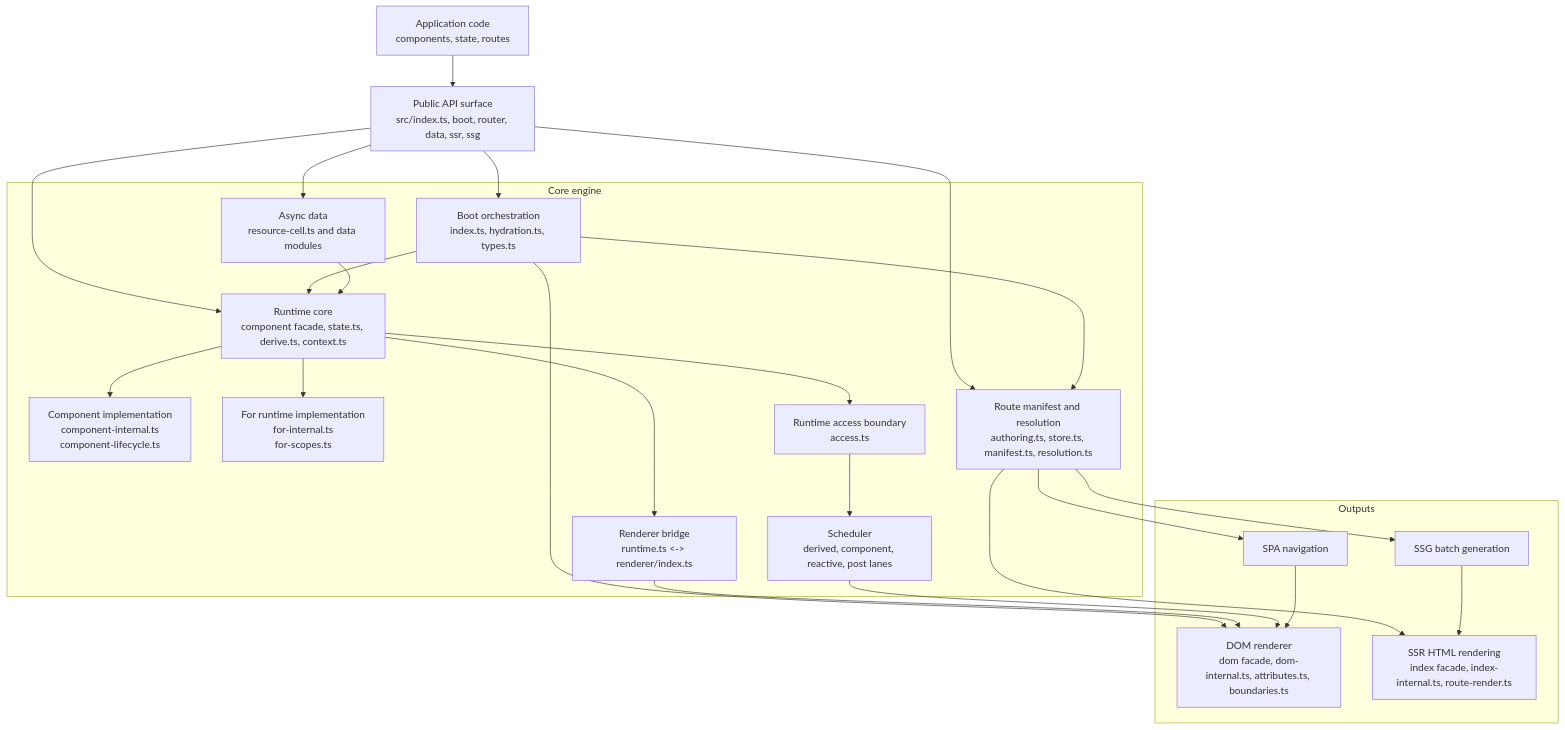
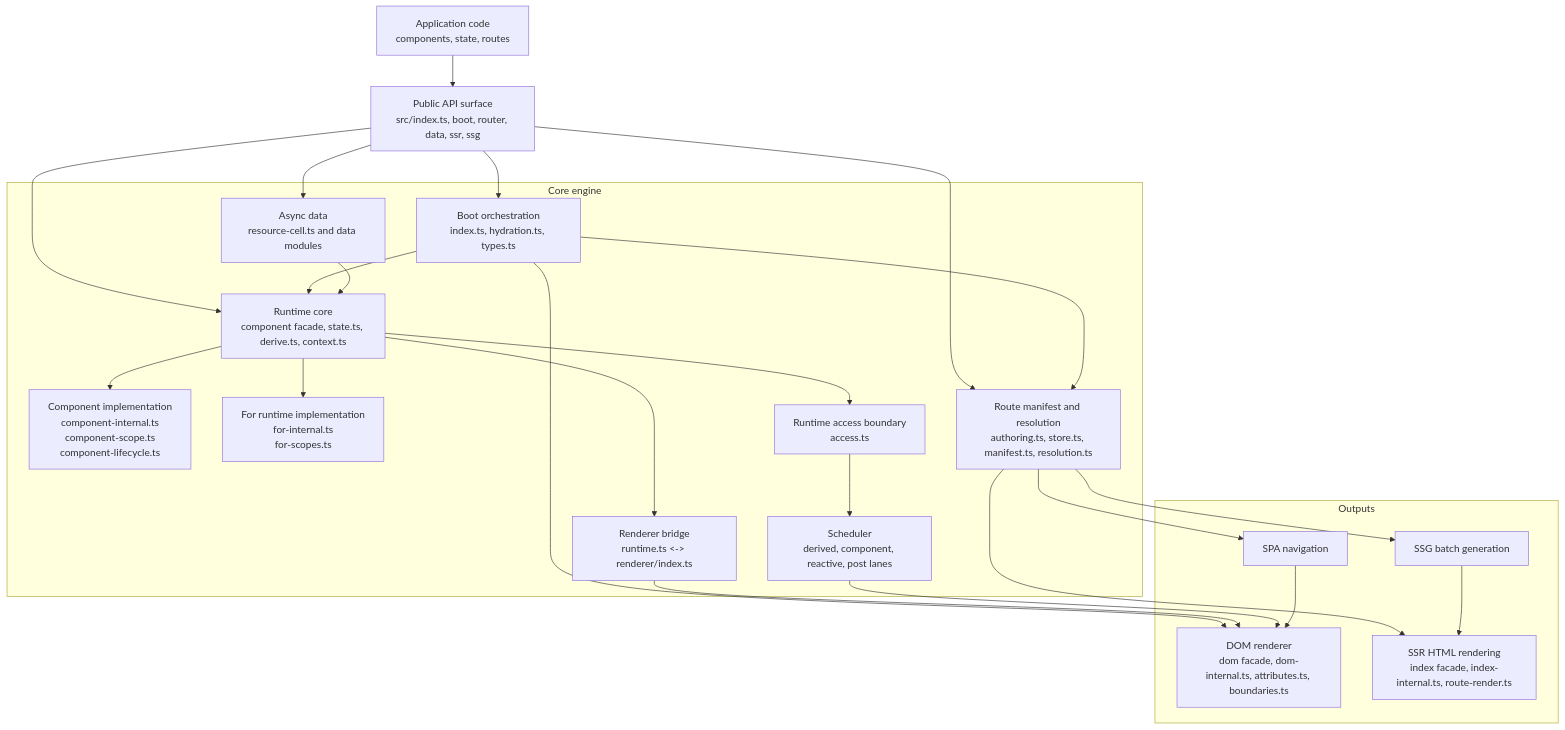
One commit to askrjs/askr changed the first of 2 diagrams in docs/internals/core-engine-design.md. Above: the diagram before and after it, drawn with Mermaid. The commit also changed other lines of this file and 23 other files, not shown here.

Commit message:
Refactor runtime architecture internals

````diff
--- a/docs/internals/core-engine-design.md
+++ b/docs/internals/core-engine-design.md
@@ -15,46 +15,46 @@
 ```mermaid
 flowchart TB
   app[Application code<br/>components, state, routes]
   publicApi[Public API surface<br/>src/index.ts, boot, router, data, ssr, ssg]
 
   subgraph engine[Core engine]
     boot[Boot orchestration<br/>index.ts, hydration.ts, types.ts]
     runtime[Runtime core<br/>component facade, state.ts, derive.ts, context.ts]
-    componentCore[Component implementation<br/>component-internal.ts<br/>component-lifecycle.ts]
+    componentCore[Component implementation<br/>component-internal.ts<br/>component-scope.ts<br/>component-lifecycle.ts]
     forCore[For runtime implementation<br/>for-internal.ts<br/>for-scopes.ts]
     runtimeAccess[Runtime access boundary<br/>access.ts]
     scheduler[Scheduler<br/>derived, component, reactive, post lanes]
     rendererBridge[Renderer bridge<br/>runtime.ts <-> renderer/index.ts]
     routerManifest[Route manifest and resolution<br/>authoring.ts, store.ts, manifest.ts, resolution.ts]
     asyncData[Async data<br/>resource-cell.ts and data modules]
   end
 
   subgraph outputs[Outputs]
     dom[DOM renderer<br/>dom facade, dom-internal.ts, attributes.ts, boundaries.ts]
     spa[SPA navigation]
     ssr[SSR HTML rendering<br/>index facade, index-internal.ts, route-render.ts]
     ssg[SSG batch generation]
   end
 
   app --> publicApi
   publicApi --> boot
   publicApi --> runtime
   publicApi --> routerManifest
   publicApi --> asyncData
   boot --> runtime
   boot --> routerManifest
   boot --> dom
   runtime --> runtimeAccess
   runtime --> componentCore
   runtime --> forCore
   runtimeAccess --> scheduler
   runtime --> rendererBridge
   asyncData --> runtime
   routerManifest --> spa
   routerManifest --> ssr
   routerManifest --> ssg
   rendererBridge --> dom
   scheduler --> dom
   spa --> dom
   ssg --> ssr
 ```
````
